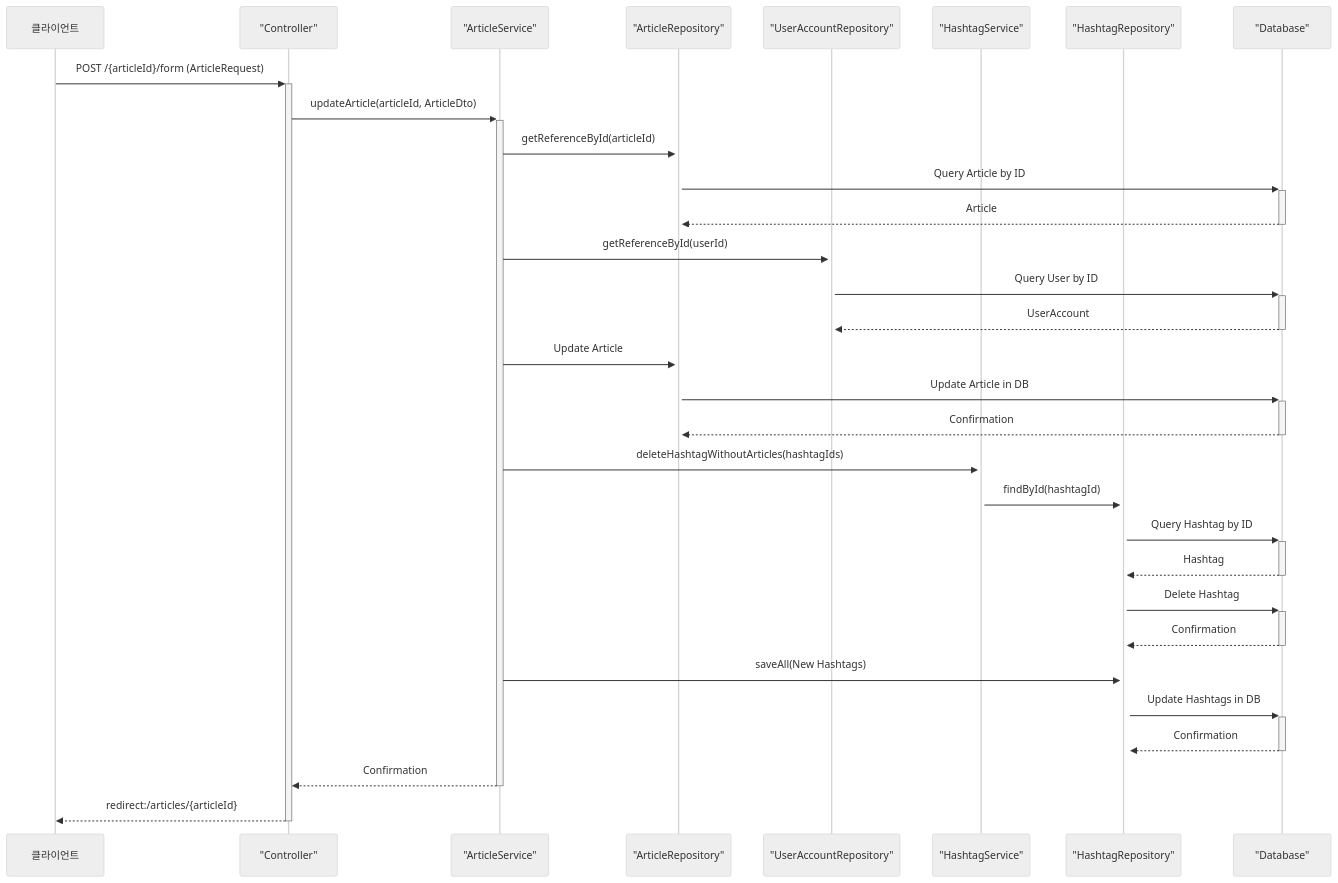
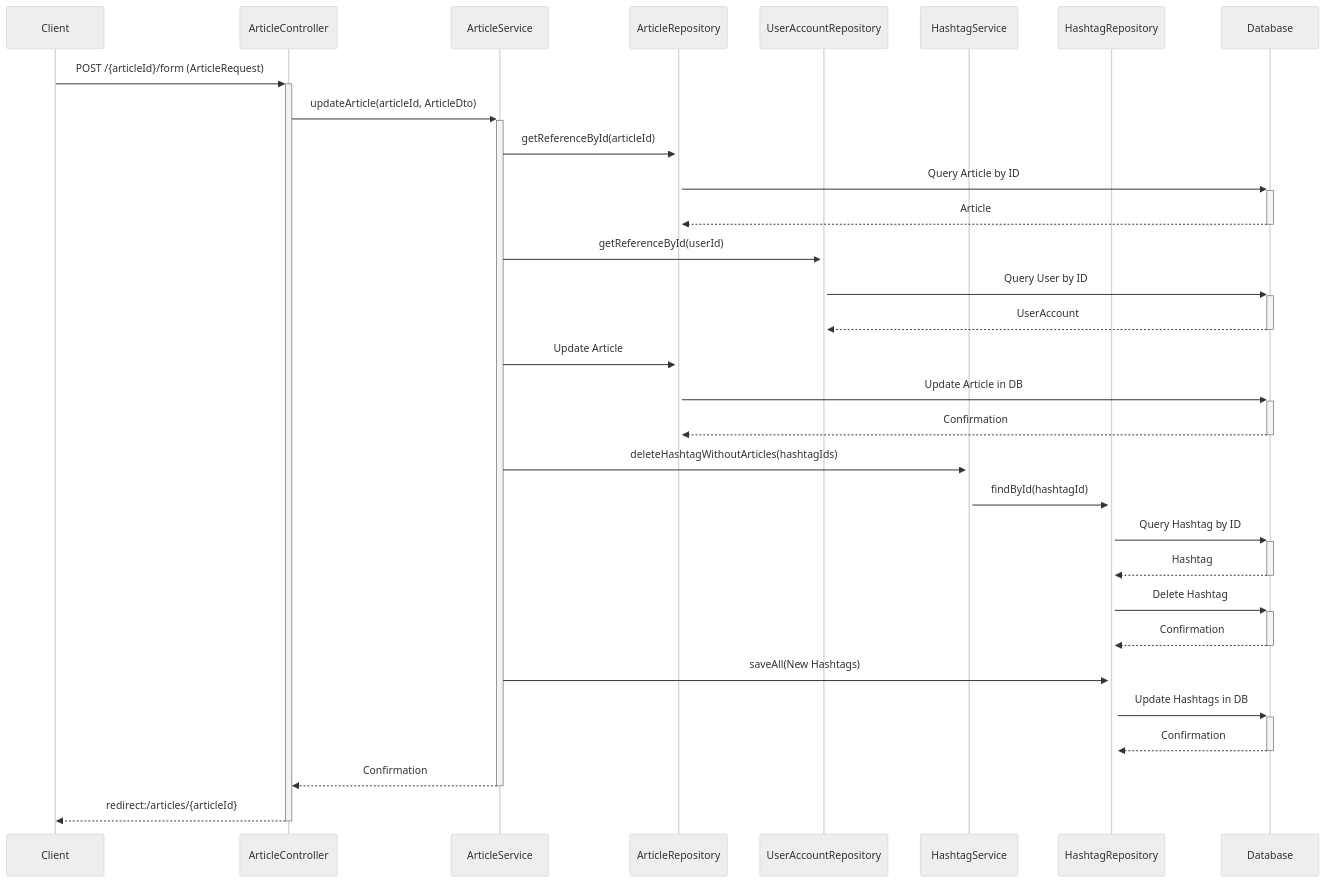
The sixth of 9 diagrams in README.md (flyingRKO/study-project), drawn with Mermaid (neutral theme) before and after one commit. The commit also changed other lines of this file, not shown here.

````diff
--- a/README.md
+++ b/README.md
@@ -188,34 +178,34 @@
 ```mermaid
 sequenceDiagram
-    participant 클라이언트
-    participant 컨트롤러 as "Controller"
-    participant 아티클서비스 as "ArticleService"
-    participant 아티클리포지토리 as "ArticleRepository"
-    participant 유저어카운트리포지토리 as "UserAccountRepository"
-    participant 해시태그서비스 as "HashtagService"
-    participant 해시태그리포지토리 as "HashtagRepository"
-    participant 데이터베이스 as "Database"
+    participant 클라이언트 as Client
+    participant 컨트롤러 as ArticleController
+    participant 아티클서비스 as ArticleService
+    participant 아티클리포지토리 as ArticleRepository
+    participant 유저어카운트리포지토리 as UserAccountRepository
+    participant 해시태그서비스 as HashtagService
+    participant 해시태그리포지토리 as HashtagRepository
+    participant 데이터베이스 as Database
 
     클라이언트->>+컨트롤러: POST /{articleId}/form (ArticleRequest)
     컨트롤러->>+아티클서비스: updateArticle(articleId, ArticleDto)
     아티클서비스->>+아티클리포지토리: getReferenceById(articleId)
     아티클리포지토리->>+데이터베이스: Query Article by ID
     데이터베이스-->>-아티클리포지토리: Article
     아티클서비스->>+유저어카운트리포지토리: getReferenceById(userId)
     유저어카운트리포지토리->>+데이터베이스: Query User by ID
     데이터베이스-->>-유저어카운트리포지토리: UserAccount
     아티클서비스->>아티클리포지토리: Update Article
     아티클리포지토리->>+데이터베이스: Update Article in DB
     데이터베이스-->>-아티클리포지토리: Confirmation
     아티클서비스->>+해시태그서비스: deleteHashtagWithoutArticles(hashtagIds)
     해시태그서비스->>+해시태그리포지토리: findById(hashtagId)
     해시태그리포지토리->>+데이터베이스: Query Hashtag by ID
     데이터베이스-->>-해시태그리포지토리: Hashtag
     해시태그리포지토리->>+데이터베이스: Delete Hashtag
     데이터베이스-->>-해시태그리포지토리: Confirmation
     아티클서비스->>+해시태그리포지토리: saveAll(New Hashtags)
     해시태그리포지토리->>+데이터베이스: Update Hashtags in DB
     데이터베이스-->>-해시태그리포지토리: Confirmation
     아티클서비스-->>-컨트롤러: Confirmation
     컨트롤러-->>-클라이언트: redirect:/articles/{articleId}
 ```
````
